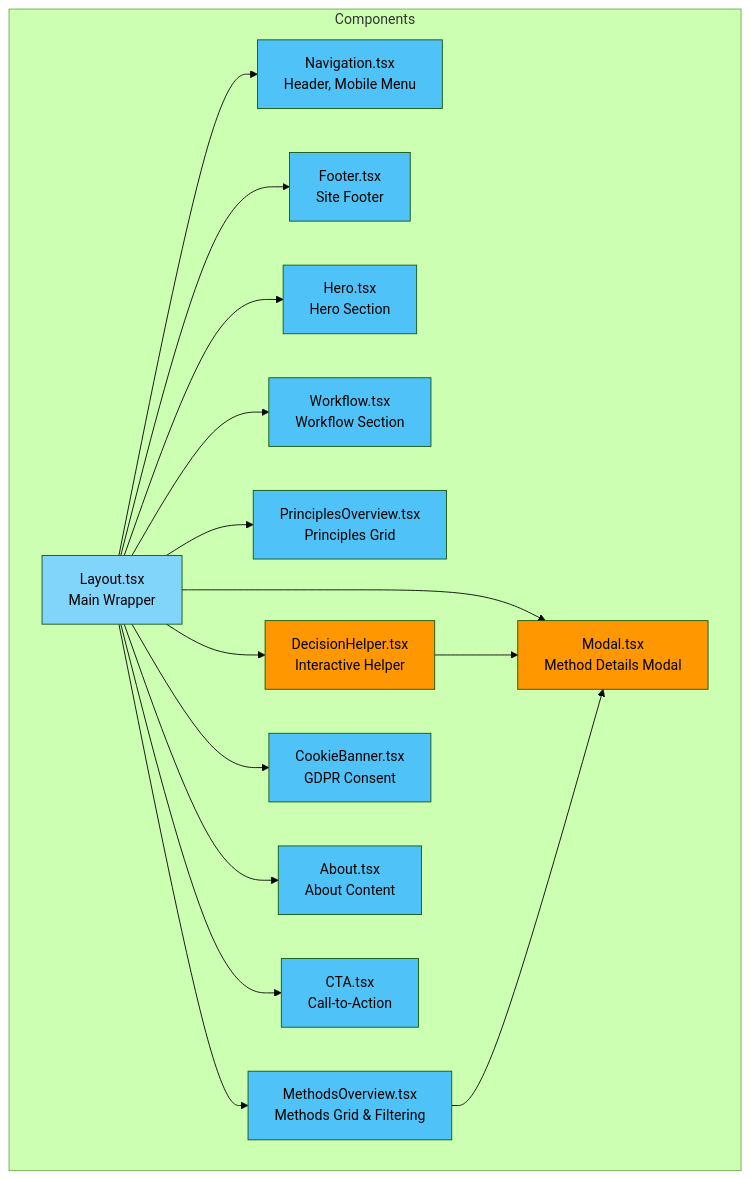
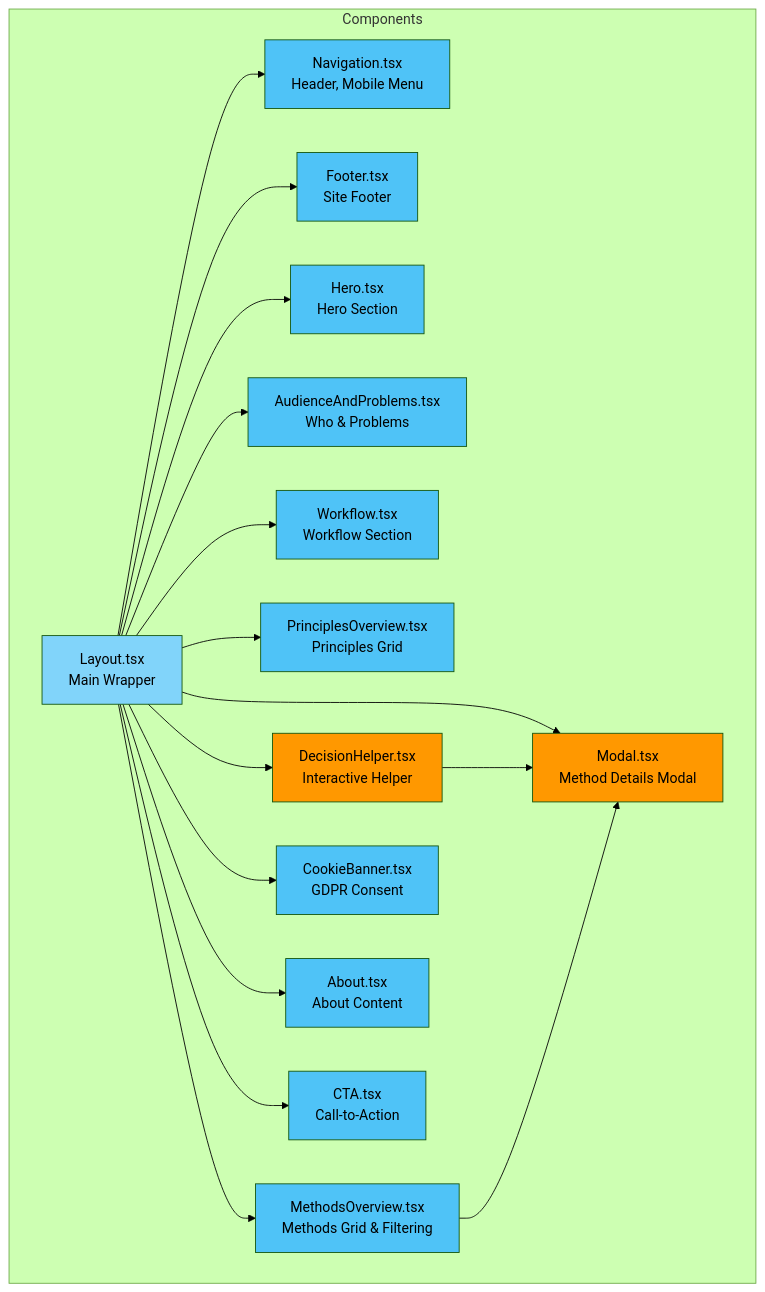
One commit to pfederi/pragmaticux changed the fifth of 15 diagrams in docs/arc42.md. Above: the diagram before and after it, drawn with Mermaid (forest theme). The commit also changed other lines of this file and 11 other files, not shown here.

````diff
--- a/docs/arc42.md
+++ b/docs/arc42.md
@@ -224,45 +224,48 @@
 ```mermaid
 graph TB
     subgraph "Components"
         Layout[Layout.tsx<br/>Main Wrapper]
         Nav[Navigation.tsx<br/>Header, Mobile Menu]
         Footer[Footer.tsx<br/>Site Footer]
         Hero[Hero.tsx<br/>Hero Section]
+        Audience[AudienceAndProblems.tsx<br/>Who & Problems]
         Workflow[Workflow.tsx<br/>Workflow Section]
         Principles[PrinciplesOverview.tsx<br/>Principles Grid]
         Methods[MethodsOverview.tsx<br/>Methods Grid & Filtering]
         DecisionHelper[DecisionHelper.tsx<br/>Interactive Helper]
         Modal[Modal.tsx<br/>Method Details Modal]
         CookieBanner[CookieBanner.tsx<br/>GDPR Consent]
         About[About.tsx<br/>About Content]
         CTA[CTA.tsx<br/>Call-to-Action]
     end
     
     Layout --> Nav
     Layout --> Footer
     Layout --> Hero
+    Layout --> Audience
     Layout --> Workflow
     Layout --> Principles
     Layout --> Methods
     Layout --> DecisionHelper
     Layout --> Modal
     Layout --> CookieBanner
     Layout --> About
     Layout --> CTA
 
     DecisionHelper --> Modal
     Methods --> Modal
     
     style Layout fill:#81d4fa
     style Nav fill:#4fc3f7
     style Footer fill:#4fc3f7
     style Hero fill:#4fc3f7
+    style Audience fill:#4fc3f7
     style Workflow fill:#4fc3f7
     style Principles fill:#4fc3f7
     style Methods fill:#4fc3f7
     style DecisionHelper fill:#ff9800
     style Modal fill:#ff9800
     style CookieBanner fill:#4fc3f7
     style About fill:#4fc3f7
     style CTA fill:#4fc3f7
 ```
````
